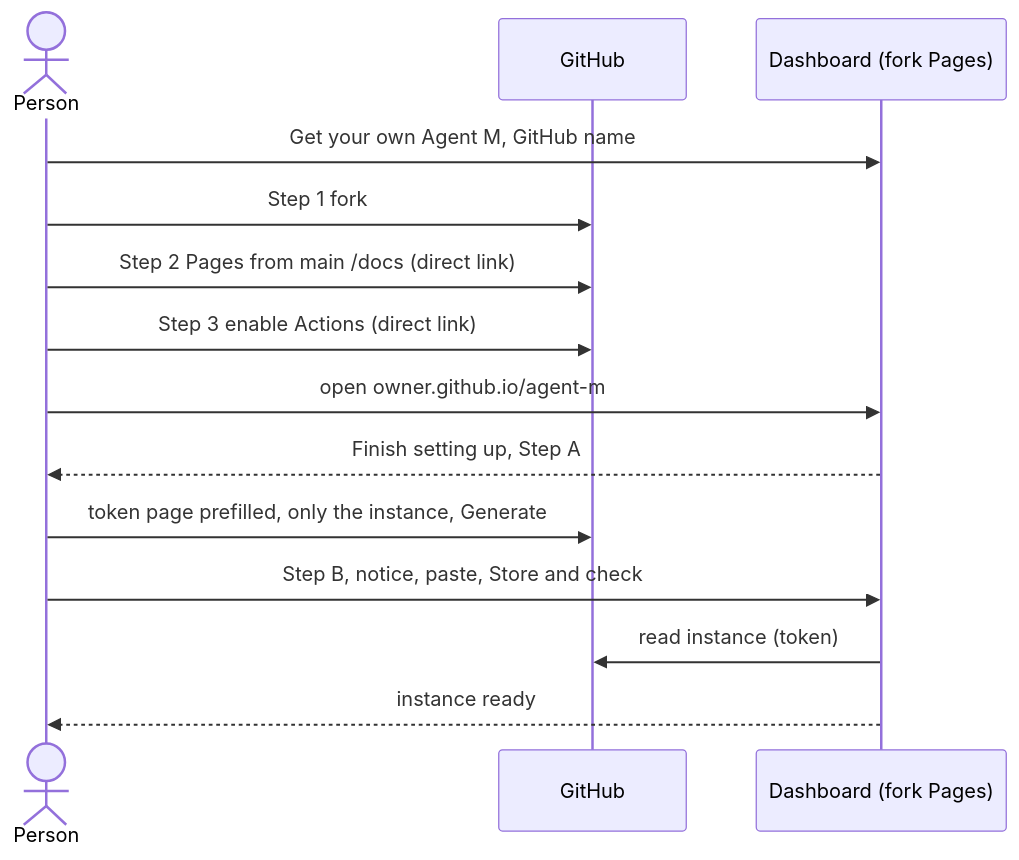
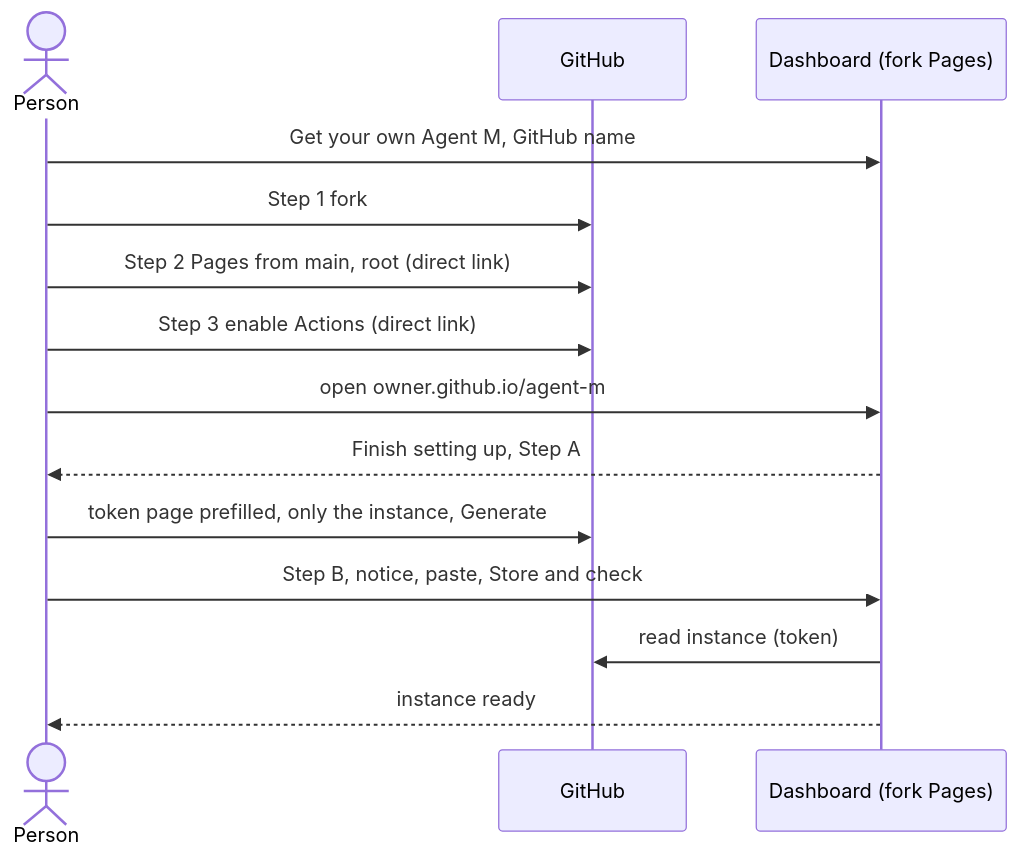
Before and after one commit to akmaier/agent-m: the diagram in docs/use-cases/UC-014-set-up-an-agent-m-instance.md, drawn with Mermaid. The commit also changed other lines of this file and 4 other files, not shown here.

First line of the commit message:
uc: UC-014, UC-022, UC-023, UC-024, UC-025 follow the accepted SPEC and the reviewed architecture

````diff
--- a/docs/use-cases/UC-014-set-up-an-agent-m-instance.md
+++ b/docs/use-cases/UC-014-set-up-an-agent-m-instance.md
@@ -88,16 +91,16 @@
 ```mermaid
 sequenceDiagram
     actor U as Person
     participant G as GitHub
     participant D as Dashboard (fork Pages)
     U->>D: Get your own Agent M, GitHub name
     U->>G: Step 1 fork
-    U->>G: Step 2 Pages from main /docs (direct link)
+    U->>G: Step 2 Pages from main, root (direct link)
     U->>G: Step 3 enable Actions (direct link)
     U->>D: open owner.github.io/agent-m
     D-->>U: Finish setting up, Step A
     U->>G: token page prefilled, only the instance, Generate
     U->>D: Step B, notice, paste, Store and check
     D->>G: read instance (token)
     D-->>U: instance ready
 ```
````
